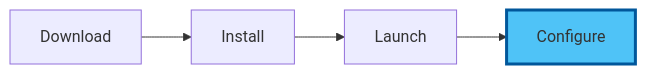
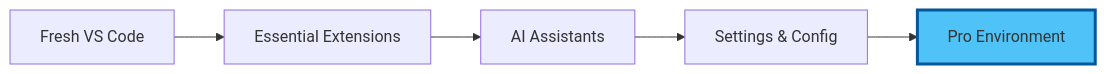
The first of 2 diagrams in public/data/workshops/workshop-01-morning-vscode-setup/02_hands_on.md (DreamLab-AI/dreamlab-ai-website), drawn with Mermaid before and after one commit. The commit also changed other lines of this file and 73 other files, not shown here.

````diff
--- a/public/data/workshops/workshop-01-morning-vscode-setup/02_hands_on.md
+++ b/public/data/workshops/workshop-01-morning-vscode-setup/02_hands_on.md
@@ -24,8 +11,9 @@
 ```mermaid
 graph LR
-    A[Download] --> B[Install]
-    B --> C[Launch]
-    C --> D[Configure]
-    
-    style D fill:#4fc3f7,stroke:#01579b,stroke-width:3px
+    A[Fresh VS Code] --> B[Essential Extensions]
+    B --> C[AI Assistants]
+    C --> D[Settings & Config]
+    D --> E[Pro Environment]
+
+    style E fill:#4fc3f7,stroke:#01579b,stroke-width:3px
 ```
````
